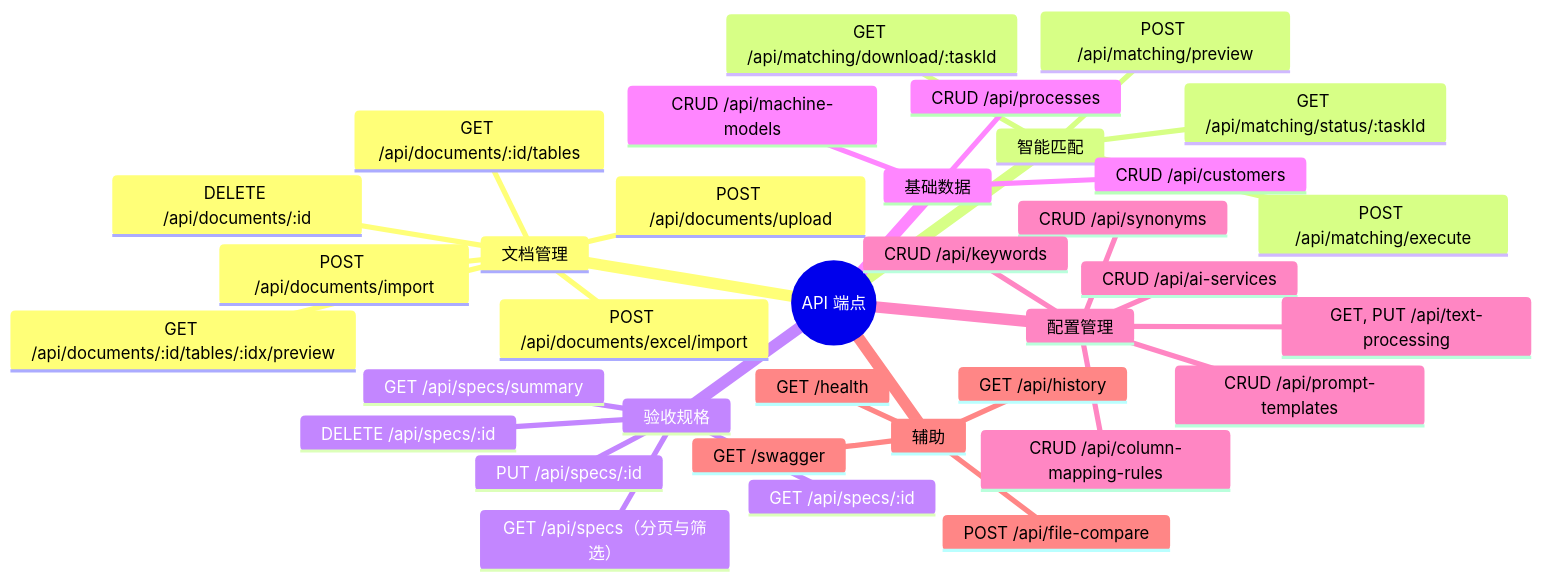
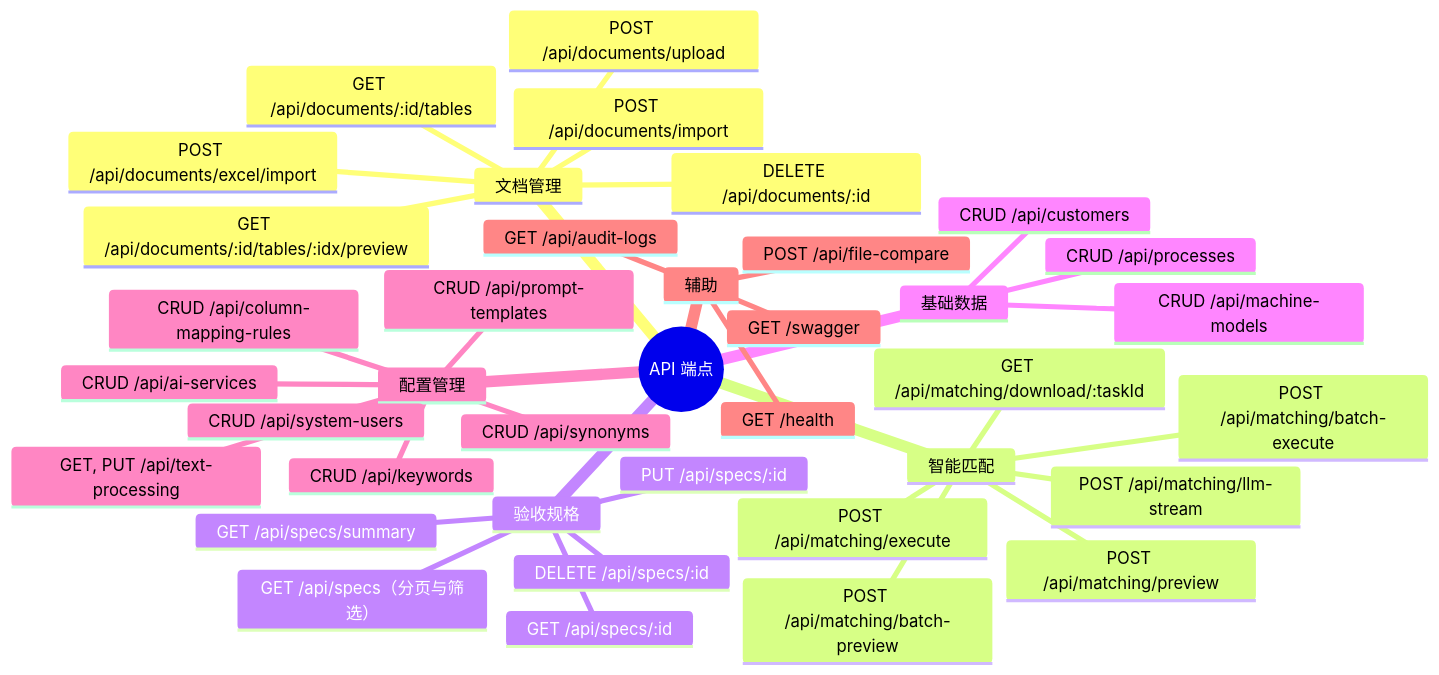
Diagram 16 of 28 in docs/design-overview.md (xiaocaiisxiaocai/AcceptanceSpecRecognition), drawn with Mermaid before and after one commit. The commit also changed other lines of this file and 162 other files, not shown here.

````diff
--- a/docs/design-overview.md
+++ b/docs/design-overview.md
@@ -640,38 +653,41 @@
 ```mermaid
 mindmap
   root((API 端点))
     文档管理
       POST /api/documents/upload
       POST /api/documents/import
       POST /api/documents/excel/import
       GET /api/documents/:id/tables
       GET /api/documents/:id/tables/:idx/preview
       DELETE /api/documents/:id
     智能匹配
       POST /api/matching/preview
       POST /api/matching/execute
+      POST /api/matching/batch-preview
+      POST /api/matching/batch-execute
+      POST /api/matching/llm-stream
       GET /api/matching/download/:taskId
-      GET /api/matching/status/:taskId
     验收规格
       GET /api/specs/summary
       GET /api/specs（分页与筛选）
       GET /api/specs/:id
       PUT /api/specs/:id
       DELETE /api/specs/:id
     基础数据
       CRUD /api/customers
       CRUD /api/processes
       CRUD /api/machine-models
     配置管理
       CRUD /api/ai-services
       GET, PUT /api/text-processing
       CRUD /api/prompt-templates
       CRUD /api/column-mapping-rules
       CRUD /api/synonyms
       CRUD /api/keywords
+      CRUD /api/system-users
     辅助
-      GET /api/history
+      GET /api/audit-logs
       POST /api/file-compare
       GET /health
       GET /swagger
 ```
````
